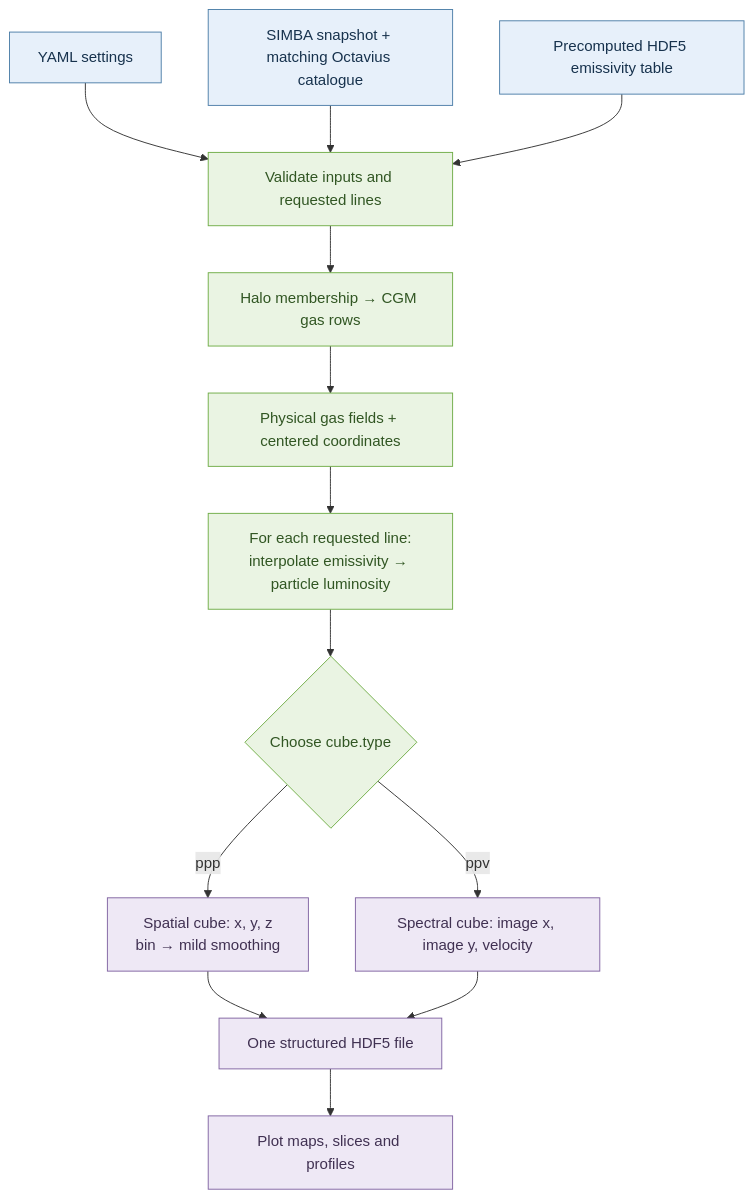
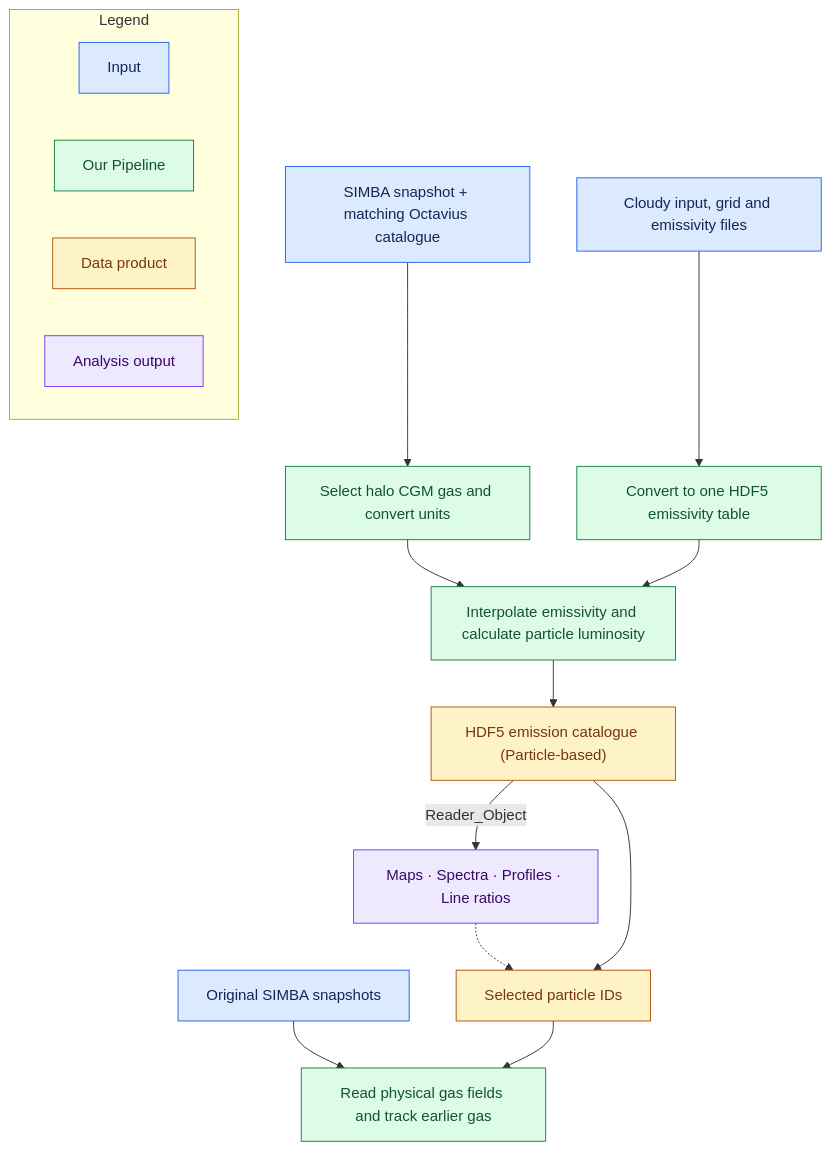
The diagram in README.md (JiaHeak/SIMBA-gas-emission), drawn with Mermaid before and after one commit. The commit also changed other lines of this file, not shown here.

````diff
--- a/README.md
+++ b/README.md
@@ -11,22 +5,30 @@
 ```mermaid
 flowchart TD
-    A["YAML settings"] --> D["Validate inputs and requested lines"]
-    B["SIMBA snapshot + matching Octavius catalogue"] --> D
-    C["Precomputed HDF5 emissivity table"] --> D
-    D --> E["Halo membership → CGM gas rows"]
-    E --> F["Physical gas fields + centered coordinates"]
-    F --> G["For each requested line:<br/>interpolate emissivity → particle luminosity"]
-    G --> H{"Choose cube.type"}
-    H -->|ppp| I["Spatial cube: x, y, z<br/>bin → mild smoothing"]
-    H -->|ppv| J["Spectral cube: image x, image y, velocity"]
-    I --> K["One structured HDF5 file"]
-    J --> K
-    K --> L["Plot maps, slices and profiles"]
+    A["SIMBA snapshot + matching Octavius catalogue"] --> B["Select halo CGM gas and convert units"]
+    B --> C["Interpolate emissivity and calculate particle luminosity"]
+    Q["Cloudy input, grid and emissivity files"] --> T["Convert to one HDF5 emissivity table"]
+    T --> C
+    C --> D["HDF5 emission catalogue (Particle-based)"]
+    D --> |Reader_Object| E["Maps · Spectra · Profiles · Line ratios"] -.-> F
+    D --> F["Selected particle IDs"]
+    S["Original SIMBA snapshots"] --> G["Read physical gas fields and track earlier gas"]
+    F --> G
 
-    classDef inputs fill:#e7f0fa,stroke:#4d7ea8,color:#17324d;
-    classDef compute fill:#eaf4e3,stroke:#70ad47,color:#315623;
-    classDef product fill:#eee8f5,stroke:#8064a2,color:#403152;
-    class A,B,C inputs;
-    class D,E,F,G,H compute;
-    class I,J,K,L product;
+    classDef input fill:#DBEAFE,stroke:#2563EB,color:#172554;
+    classDef process fill:#DCFCE7,stroke:#15803D,color:#14532D;
+    classDef data fill:#FEF3C7,stroke:#B45309,color:#78350F;
+    classDef result fill:#EDE9FE,stroke:#7C3AED,color:#3B0764;
+
+    class A,Q,S input;
+    class B,C,G,T process;
+    class D,F data;
+    class E result;
+
+        subgraph legend [Legend]
+        direction LR
+        L1["Input"]:::input
+        L2["Our Pipeline"]:::process
+        L3["Data product"]:::data
+        L4["Analysis output"]:::result
+    end
 ```
````
